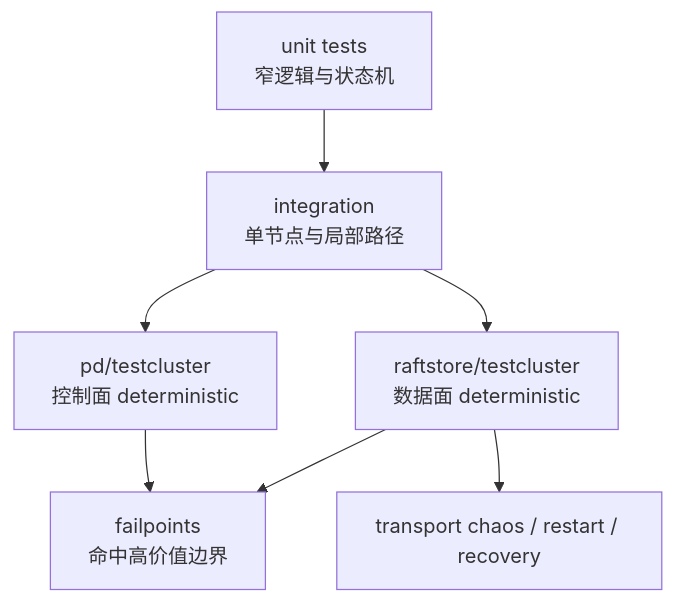
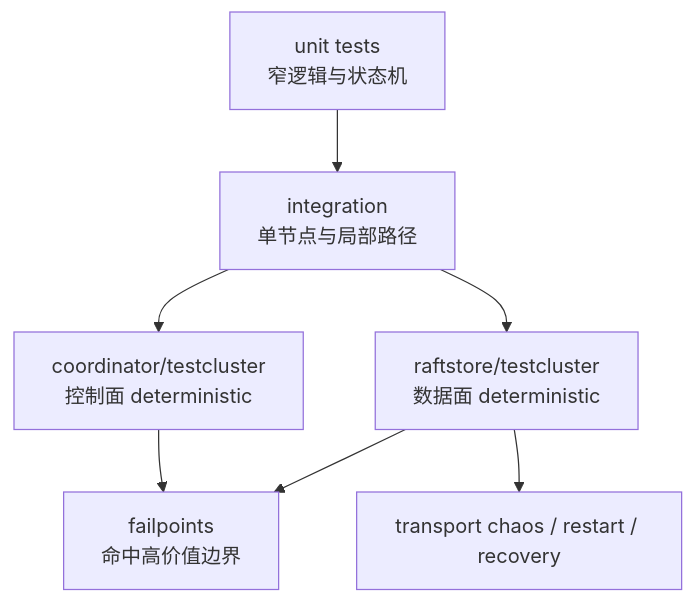
One commit to feichai0017/NoKV changed the first of 2 diagrams in docs/notes/2026-03-30-distributed-testing-and-failpoints.md. Above: the diagram before and after it, drawn with Mermaid. The commit also changed other lines of this file and 14 other files, not shown here.

````diff
--- a/docs/notes/2026-03-30-distributed-testing-and-failpoints.md
+++ b/docs/notes/2026-03-30-distributed-testing-and-failpoints.md
@@ -71,9 +71,9 @@
 ```mermaid
 flowchart TD
     U["unit tests\n窄逻辑与状态机"] --> I["integration\n单节点与局部路径"]
     I --> D["raftstore/testcluster\n数据面 deterministic"]
-    I --> P["pd/testcluster\n控制面 deterministic"]
+    I --> P["coordinator/testcluster\n控制面 deterministic"]
     D --> F["failpoints\n命中高价值边界"]
     D --> X["transport chaos / restart / recovery"]
     P --> F
 ```
````
